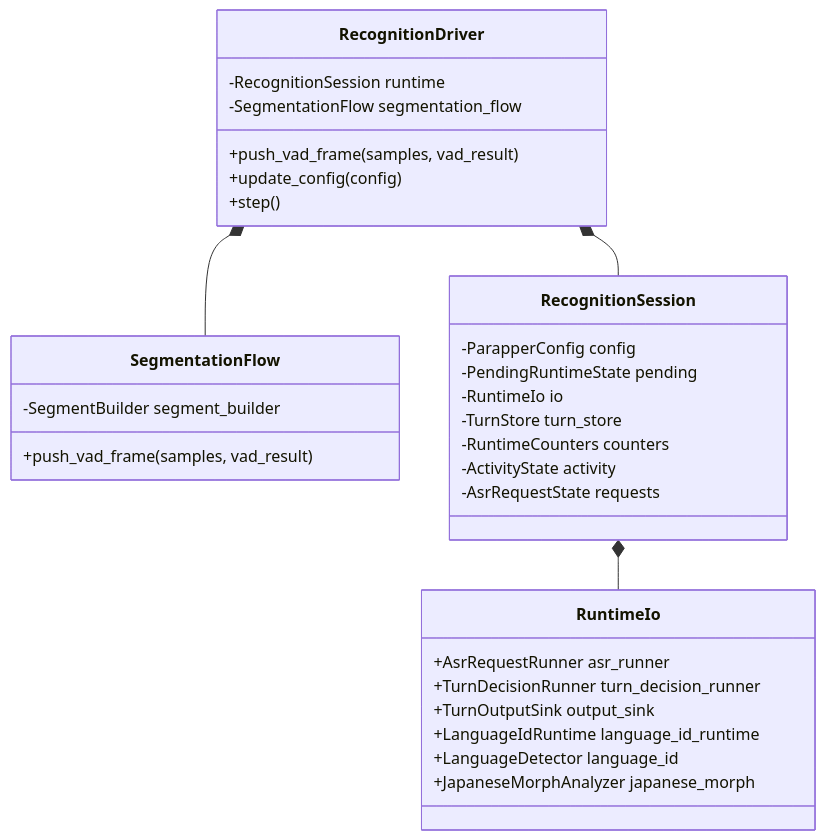
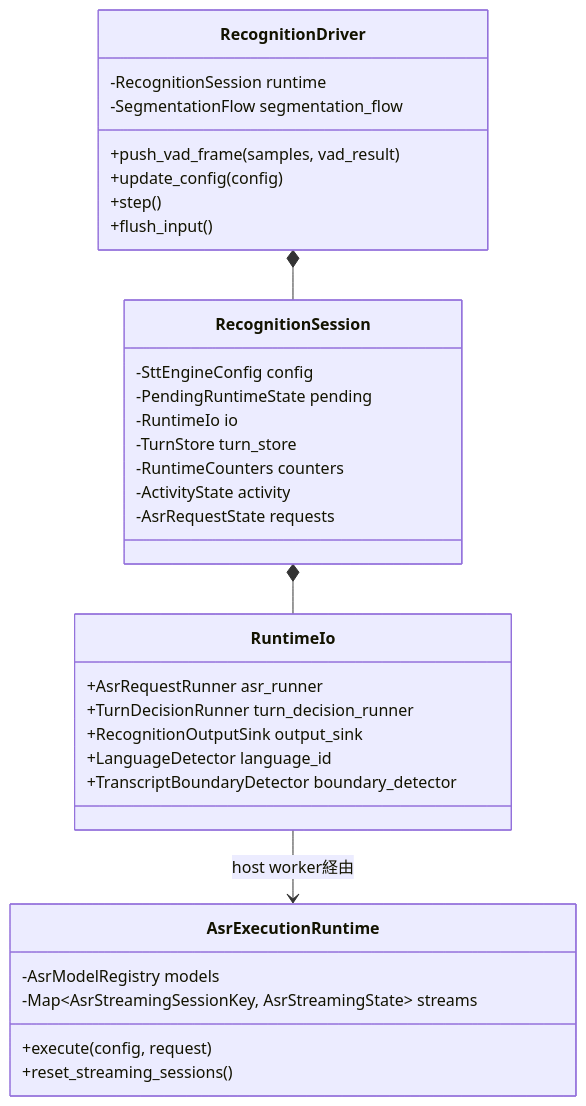
One commit to Parakeet-Inc/Parapper-ASR changed the first of 4 diagrams in documents/developer/architecture/03-recognition-internals.md. Above: the diagram before and after it, drawn with Mermaid. The commit also changed other lines of this file and 476 other files, not shown here.

````diff
--- a/documents/developer/architecture/03-recognition-internals.md
+++ b/documents/developer/architecture/03-recognition-internals.md
@@ -8,38 +7,40 @@
 ```mermaid
 classDiagram
     class RecognitionDriver {
         -RecognitionSession runtime
         -SegmentationFlow segmentation_flow
         +push_vad_frame(samples, vad_result)
         +update_config(config)
         +step()
-    }
-
-    class SegmentationFlow {
-        -SegmentBuilder segment_builder
-        +push_vad_frame(samples, vad_result)
+        +flush_input()
     }
 
     class RecognitionSession {
-        -ParapperConfig config
+        -SttEngineConfig config
         -PendingRuntimeState pending
         -RuntimeIo io
         -TurnStore turn_store
         -RuntimeCounters counters
         -ActivityState activity
         -AsrRequestState requests
     }
 
     class RuntimeIo {
         +AsrRequestRunner asr_runner
         +TurnDecisionRunner turn_decision_runner
-        +TurnOutputSink output_sink
-        +LanguageIdRuntime language_id_runtime
+        +RecognitionOutputSink output_sink
         +LanguageDetector language_id
-        +JapaneseMorphAnalyzer japanese_morph
+        +TranscriptBoundaryDetector boundary_detector
     }
 
-    RecognitionDriver *-- SegmentationFlow
+    class AsrExecutionRuntime {
+        -AsrModelRegistry models
+        -Map~AsrStreamingSessionKey, AsrStreamingState~ streams
+        +execute(config, request)
+        +reset_streaming_sessions()
+    }
+
     RecognitionDriver *-- RecognitionSession
     RecognitionSession *-- RuntimeIo
+    RuntimeIo --> AsrExecutionRuntime : host worker経由
 ```
````
